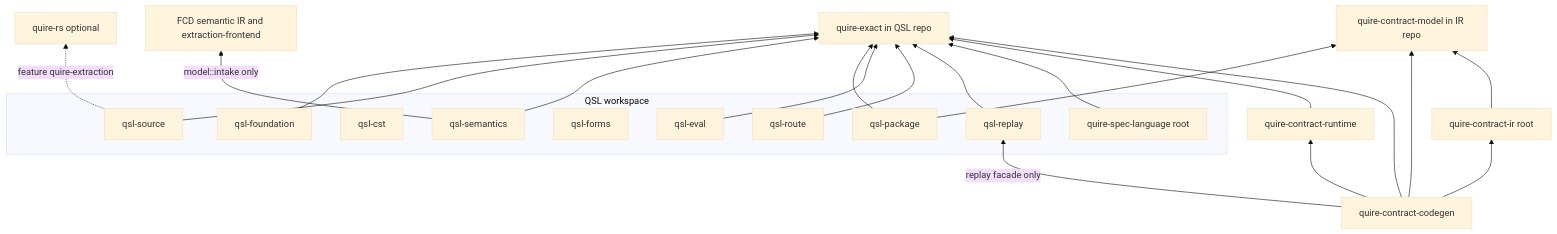
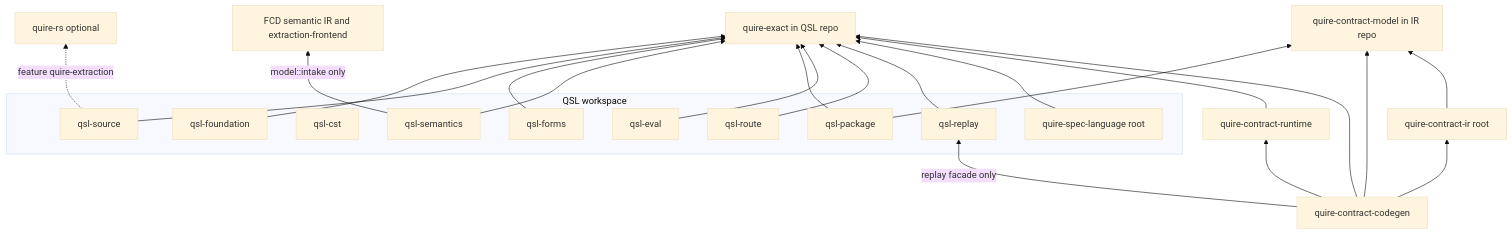
Before and after one commit to agent-ix/quire-spec-language: the second of 2 diagrams in spec/decisions/ADR-011-stage-dag-and-dependency-architecture.md, drawn with Mermaid (base theme). The commit also changed other lines of this file and 16 other files, not shown here.

````diff
--- a/spec/decisions/ADR-011-stage-dag-and-dependency-architecture.md
+++ b/spec/decisions/ADR-011-stage-dag-and-dependency-architecture.md
@@ -814,33 +825,33 @@
 ```mermaid
 flowchart BT
   QX[quire-exact in QSL repo]
   subgraph QSLW[QSL workspace]
     QSL[quire-spec-language root]
     QFO[qsl-foundation]
     QCS[qsl-cst]
     QSO[qsl-source]
     QFM[qsl-forms]
     QSE[qsl-semantics]
     QPK[qsl-package]
     QEV[qsl-eval]
     QRO[qsl-route]
     QRP[qsl-replay]
   end
   CM[quire-contract-model in IR repo]
   IR[quire-contract-ir root]
   RT[quire-contract-runtime]
   CG[quire-contract-codegen]
   FCD[FCD semantic IR and extraction-frontend]
   QRS[quire-rs optional]
-  QFO & QSO & QSE & QPK & QEV & QRO & QRP & QSL --> QX
+  QFO & QSO & QFM & QSE & QPK & QEV & QRO & QRP & QSL --> QX
   QPK --> CM
   QSE -->|model::intake only| FCD
   QSO -.->|feature quire-extraction| QRS
   RT --> QX
   CG --> QX
   CG --> CM
   CG --> IR
   CG --> RT
   CG -->|replay facade only| QRP
   IR --> CM
 ```
````
